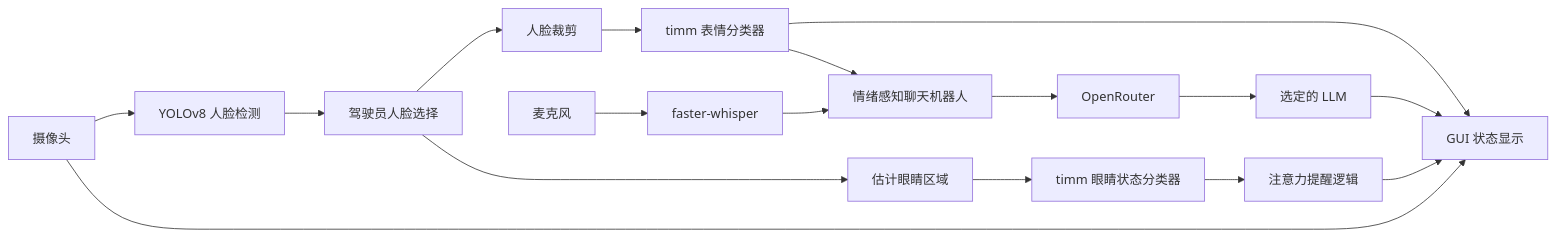
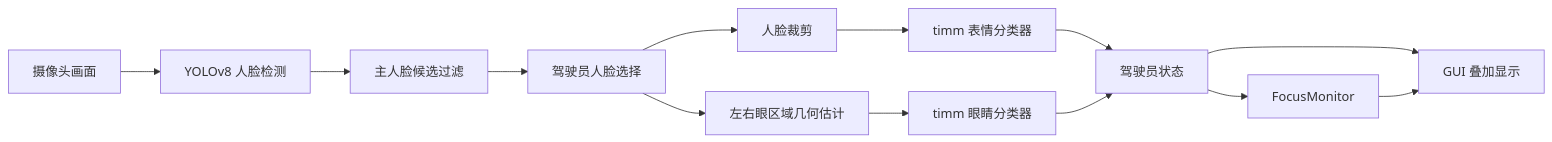
Before and after one commit to CS731-2026/project-1-emotion-aware-chatbot-team-6: the first of 2 diagrams in README.zh-CN.md, drawn with Mermaid. The commit also changed other lines of this file and 5 other files, not shown here.

````diff
--- a/README.zh-CN.md
+++ b/README.zh-CN.md
@@ -62,19 +42,15 @@
 ```mermaid
 flowchart LR
-    A["摄像头"] --> B["YOLOv8 人脸检测"]
-    B --> C["驾驶员人脸选择"]
-    C --> D["人脸裁剪"]
-    D --> E["timm 表情分类器"]
-    C --> F["估计眼睛区域"]
-    F --> G["timm 眼睛状态分类器"]
-    G --> H["注意力提醒逻辑"]
-    E --> I["GUI 状态显示"]
+    A["摄像头画面"] --> B["YOLOv8 人脸检测"]
+    B --> C["主人脸候选过滤"]
+    C --> D["驾驶员人脸选择"]
+    D --> E["人脸裁剪"]
+    E --> F["timm 表情分类器"]
+    D --> G["左右眼区域几何估计"]
+    G --> H["timm 眼睛分类器"]
+    F --> I["驾驶员状态"]
     H --> I
-    A --> I
-    J["麦克风"] --> K["faster-whisper"]
-    K --> L["情绪感知聊天机器人"]
-    E --> L
-    L --> M["OpenRouter"]
-    M --> N["选定的 LLM"]
-    N --> I
+    I --> J["FocusMonitor"]
+    I --> K["GUI 叠加显示"]
+    J --> K
 ```
````
